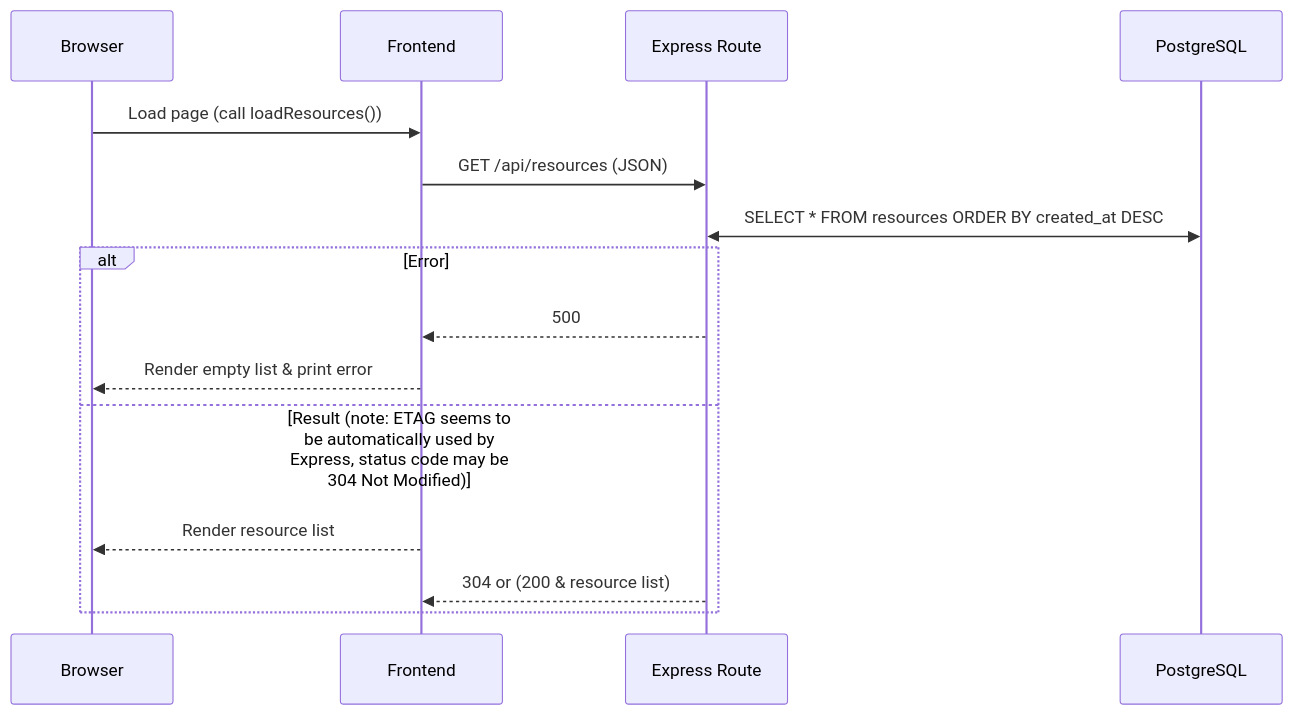
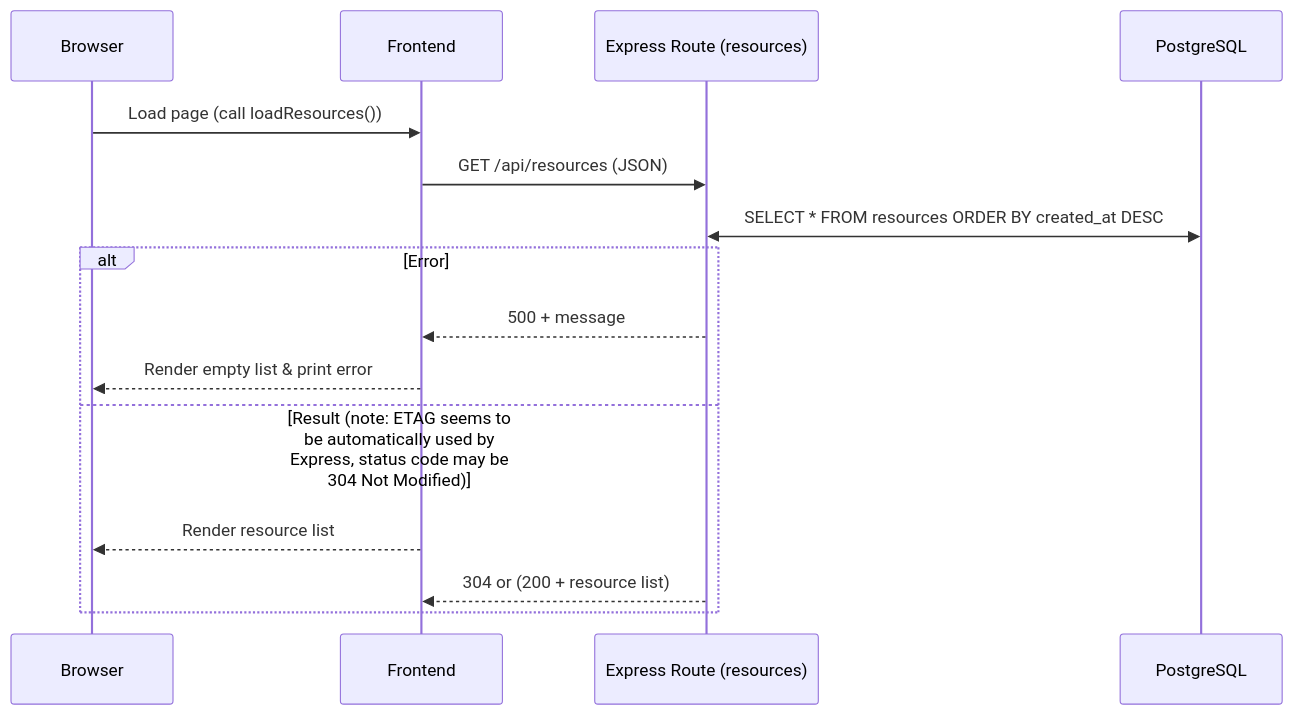
One commit to samipaa/webdev2026 changed the second of 4 diagrams in BookingSystem/Phase6/G1_CRUD_DataFlow.md. Above: the diagram before and after it, drawn with Mermaid. The commit also changed other lines of this file, not shown here.

````diff
--- a/BookingSystem/Phase6/G1_CRUD_DataFlow.md
+++ b/BookingSystem/Phase6/G1_CRUD_DataFlow.md
@@ -37,20 +41,20 @@
 ```mermaid
 sequenceDiagram
     participant U as Browser
     participant F as Frontend
-    participant B as Express Route
+    participant B as Express Route (resources)
     participant DB as PostgreSQL
 
     U->>F: Load page (call loadResources())
     F->>B: GET /api/resources (JSON)
 
     B<<->>DB: SELECT * FROM resources ORDER BY created_at DESC
 
     alt Error
-        B-->>F: 500
+        B-->>F: 500 + message
         F-->>U: Render empty list & print error
     else Result (note: ETAG seems to be automatically used by Express, status code may be 304 Not Modified)
         F-->>U: Render resource list
-        B-->>F: 304 or (200 & resource list)
+        B-->>F: 304 or (200 + resource list)
     end
 ```
````
